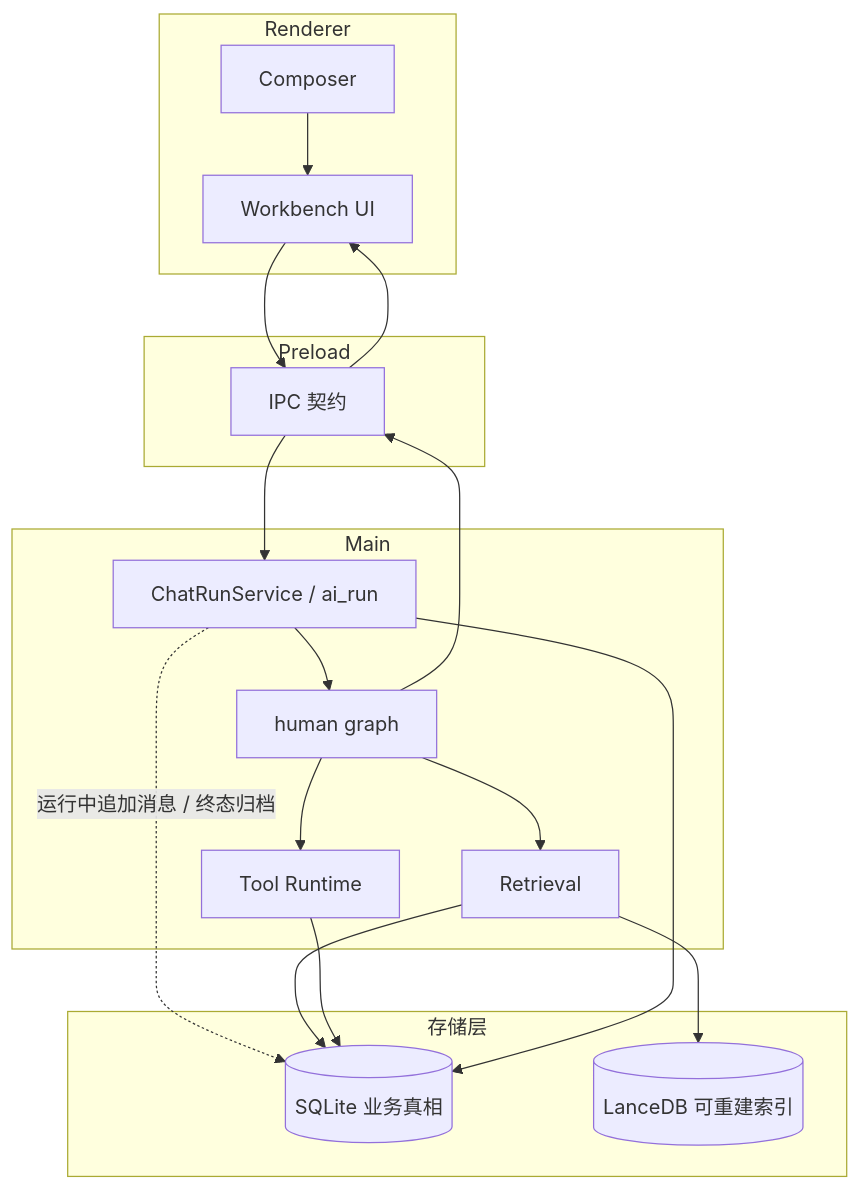
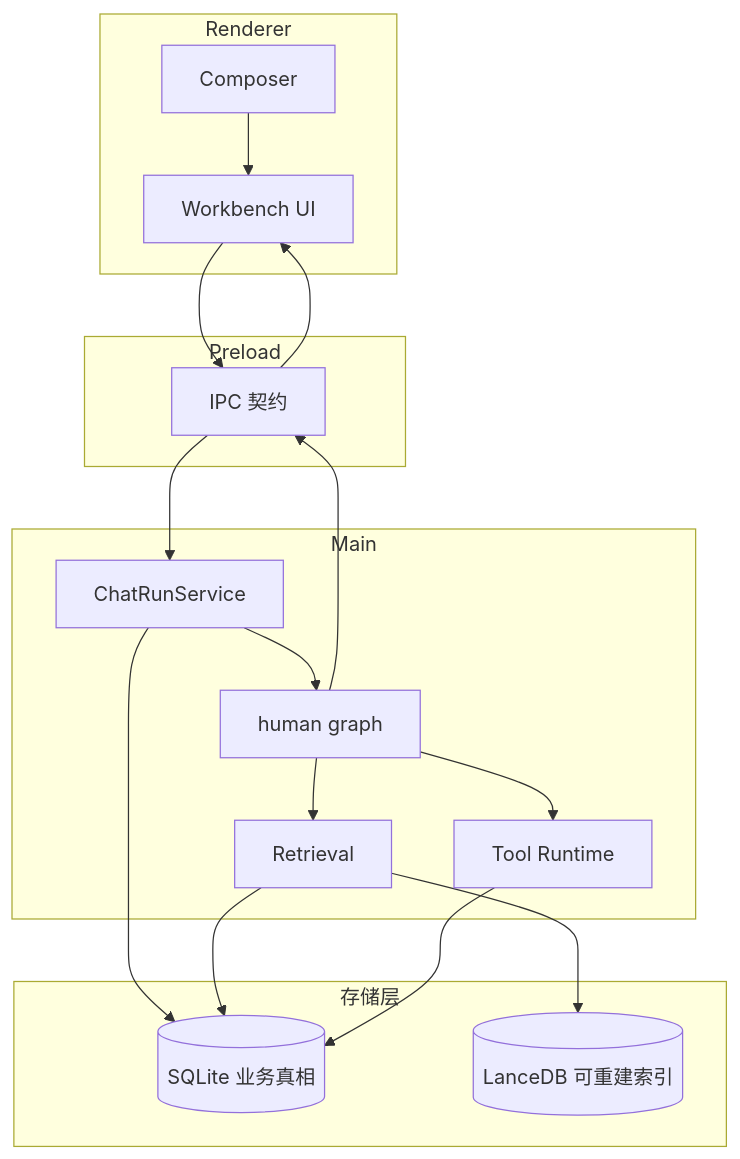
Before and after one commit to Yoan98/Ncurator: the first of 2 diagrams in doc/architecture.md, drawn with Mermaid. The commit also changed other lines of this file and 12 other files, not shown here.

````diff
--- a/doc/architecture.md
+++ b/doc/architecture.md
@@ -36,34 +39,29 @@
 ```mermaid
 flowchart TB
   subgraph renderer [Renderer]
     WB[Workbench UI]
     Composer[Composer]
   end
-
   subgraph bridge [Preload]
     IPC[IPC 契约]
   end
-
   subgraph main [Main]
-    Run[ChatRunService / ai_run]
+    Run[ChatRunService]
     Graph[human graph]
     Retrieval[Retrieval]
     Tools[Tool Runtime]
   end
-
   subgraph storage [存储层]
     SQLite[(SQLite 业务真相)]
     Lance[(LanceDB 可重建索引)]
   end
-
   Composer --> WB
   WB --> IPC --> Run --> Graph
-  Run -. 运行中追加消息 / 终态归档 .-> SQLite
+  Run --> SQLite
   Graph --> Retrieval
   Retrieval --> SQLite
   Retrieval --> Lance
   Graph --> Tools
   Tools --> SQLite
   Graph --> IPC --> WB
-  Run --> SQLite
 ```
````
